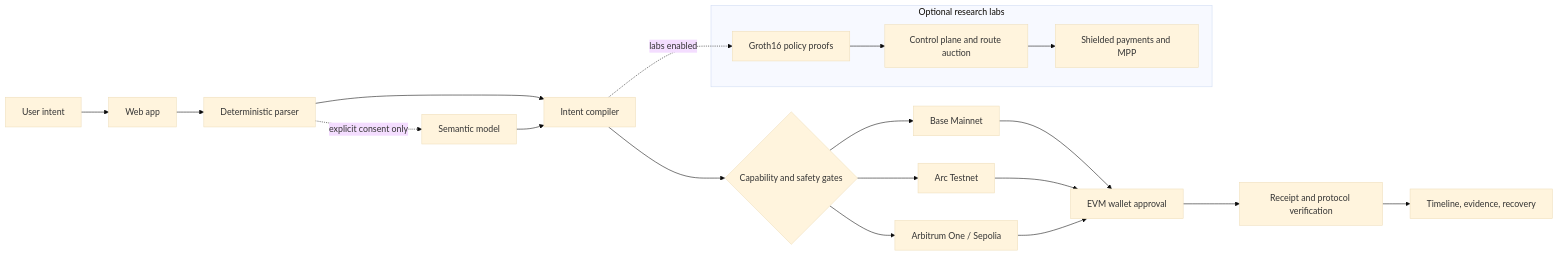
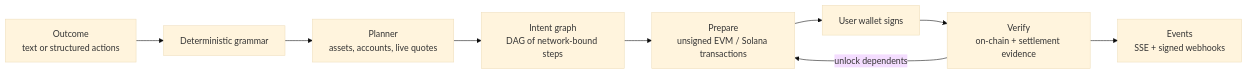
Before and after one commit to furkan3152/Kletia: the first of 2 diagrams in README.md, drawn with Mermaid (base theme). The commit also changed other lines of this file and 62 other files, not shown here.

````diff
--- a/README.md
+++ b/README.md
@@ -38,30 +93,11 @@
 ```mermaid
 flowchart LR
-    U[User intent] --> W[Web app]
-    W --> P[Deterministic parser]
-    P -. explicit consent only .-> AI[Semantic model]
-    P --> C[Intent compiler]
-    AI --> C
-    C --> G{Capability and safety gates}
-
-    G --> B[Base Mainnet]
-    G --> A[Arc Testnet]
-    G --> R[Arbitrum One / Sepolia]
-
-    B --> E[EVM wallet approval]
-    A --> E
-    R --> E
-
-    E --> V[Receipt and protocol verification]
-    V --> T[Timeline, evidence, recovery]
-
-    subgraph Optional research labs
-      Z[Groth16 policy proofs]
-      O[Control plane and route auction]
-      H[Shielded payments and MPP]
-    end
-
-    C -. labs enabled .-> Z
-    Z --> O
-    O --> H
+    A[Outcome<br/>text or structured actions] --> B[Deterministic grammar]
+    B --> C[Planner<br/>assets, accounts, live quotes]
+    C --> D[Intent graph<br/>DAG of network-bound steps]
+    D --> E[Prepare<br/>unsigned EVM / Solana transactions]
+    E --> F[User wallet signs]
+    F --> G[Verify<br/>on-chain + settlement evidence]
+    G -->|unlock dependents| E
+    G --> H[Events<br/>SSE + signed webhooks]
 ```
````
